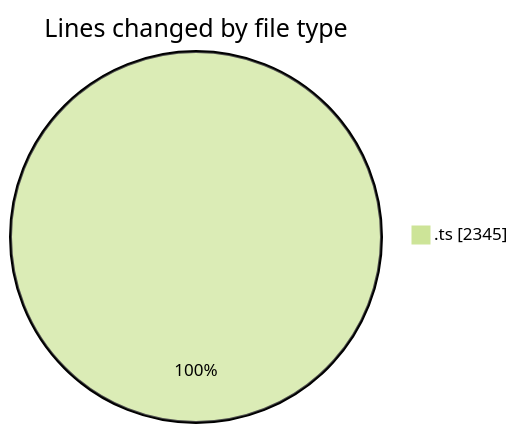
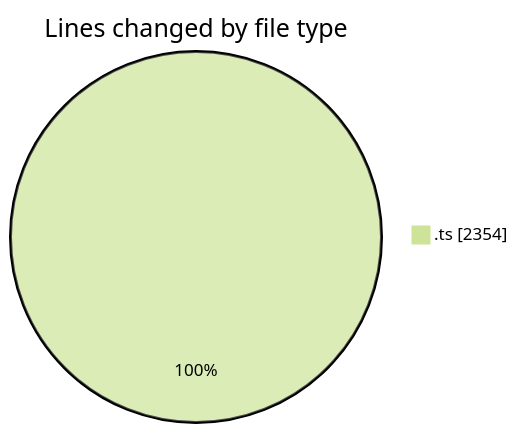
One commit to momahboobian/code-tracking changed the first of 2 diagrams in 2025-10-23/cda/README.md. Above: the diagram before and after it, drawn with Mermaid (forest theme). The commit also changed other lines of this file and 1 other file, not shown here.

````diff
--- a/2025-10-23/cda/README.md
+++ b/2025-10-23/cda/README.md
@@ -23,5 +23,5 @@
 ```mermaid
 pie showData
 title Lines changed by file type
-".ts" : 2345
+".ts" : 2354
 ```
````
